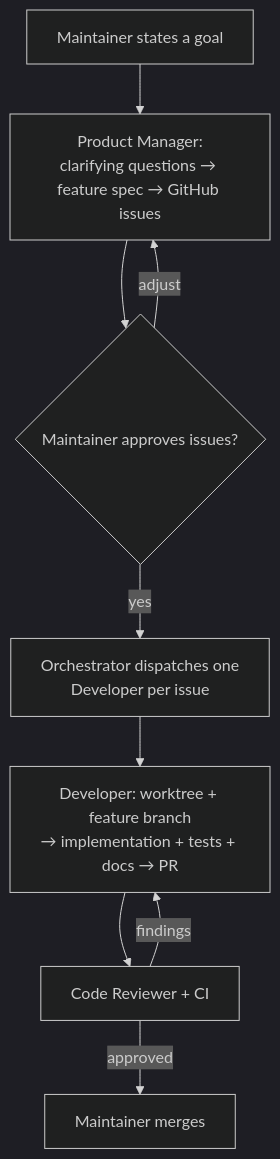
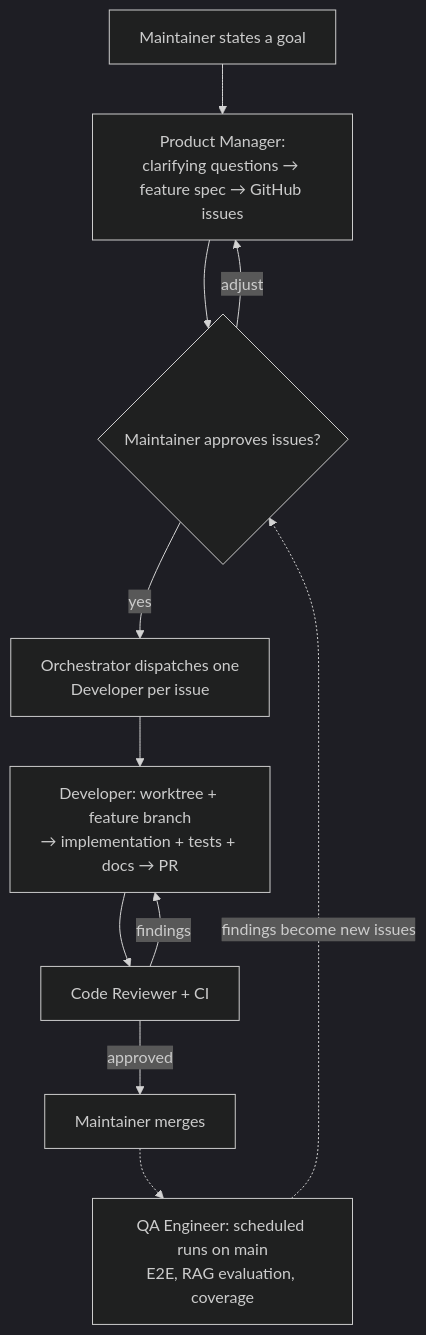
One commit to criew/opaa changed the diagram in docs/AGENT-ORGANIZATION.md. Above: the diagram before and after it, drawn with Mermaid (dark theme). The commit also changed other lines of this file, not shown here.

First line of the commit message:
docs: clarify where the QA engineer fits (two quality loops)

````diff
--- a/docs/AGENT-ORGANIZATION.md
+++ b/docs/AGENT-ORGANIZATION.md
@@ -29,11 +29,13 @@
 ```mermaid
 flowchart TD
     A[Maintainer states a goal] --> B[Product Manager:\nclarifying questions → feature spec → GitHub issues]
     B --> C{Maintainer approves issues?}
     C -- adjust --> B
     C -- yes --> D[Orchestrator dispatches one\nDeveloper per issue]
     D --> E[Developer: worktree + feature branch\n→ implementation + tests + docs → PR]
     E --> F[Code Reviewer + CI]
     F -- findings --> E
     F -- approved --> G[Maintainer merges]
+    G -.-> H[QA Engineer: scheduled runs on main\nE2E, RAG evaluation, coverage]
+    H -. findings become new issues .-> C
 ```
````
